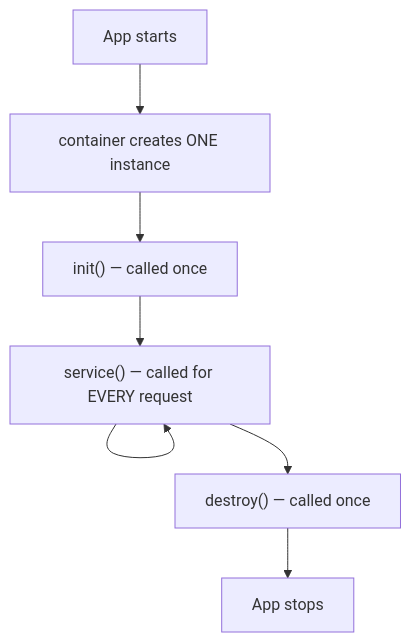
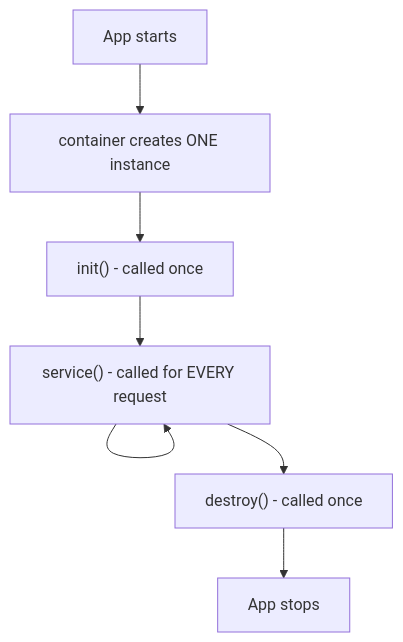
The first of 2 diagrams in guides/frameworks/the-servlet-api/02-the-servlet-container-and-lifecycle.md (Topurrra/themissingmanual), drawn with Mermaid before and after one commit. The commit also changed other lines of this file and 1009 other files, not shown here.

````diff
--- a/guides/frameworks/the-servlet-api/02-the-servlet-container-and-lifecycle.md
+++ b/guides/frameworks/the-servlet-api/02-the-servlet-container-and-lifecycle.md
@@ -35,9 +35,9 @@
 ```mermaid
 flowchart TD
   A[App starts] --> B["container creates ONE instance"]
-  B --> C["init() — called once"]
-  C --> D["service() — called for EVERY request"]
+  B --> C["init() - called once"]
+  C --> D["service() - called for EVERY request"]
   D --> D
-  D --> E["destroy() — called once"]
+  D --> E["destroy() - called once"]
   E --> F[App stops]
 ```
````
